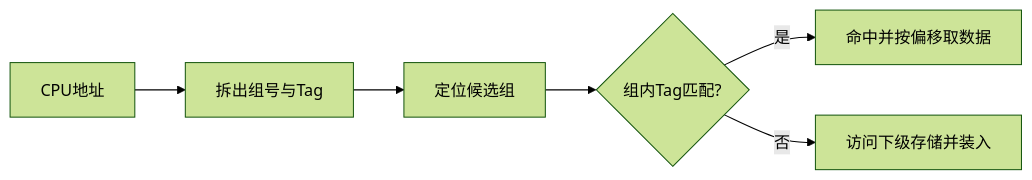
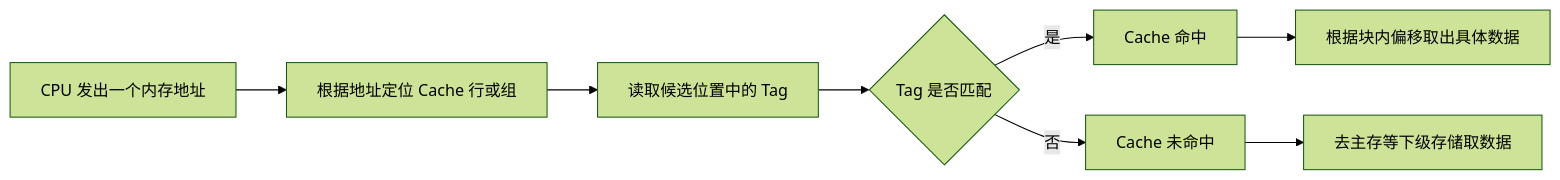
Before and after one commit to 74262195/system-architect-notes: the diagram in 01_综合知识/01_计算机系统基础知识/01_计算机组成与体系结构/Cache-映射方式.md, drawn with Mermaid (forest theme). The commit also changed other lines of this file, not shown here.

Commit message:
docs: rewrite Cache mapping for intuitive lookup flow

```diff
--- a/01_综合知识/01_计算机系统基础知识/01_计算机组成与体系结构/Cache-映射方式.md
+++ b/01_综合知识/01_计算机系统基础知识/01_计算机组成与体系结构/Cache-映射方式.md
@@ -67,8 +132,10 @@
 ~~~mermaid
 flowchart LR
-    A[CPU地址] --> B[拆出组号与Tag]
-    B --> C[定位候选组]
-    C --> D{组内Tag匹配?}
-    D -- 是 --> E[命中并按偏移取数据]
-    D -- 否 --> F[访问下级存储并装入]
+    A[CPU 发出一个内存地址] --> B[根据地址定位 Cache 行或组]
+    B --> C[读取候选位置中的 Tag]
+    C --> D{Tag 是否匹配}
+    D -- 是 --> E[Cache 命中]
+    E --> F[根据块内偏移取出具体数据]
+    D -- 否 --> G[Cache 未命中]
+    G --> H[去主存等下级存储取数据]
 ~~~
```
